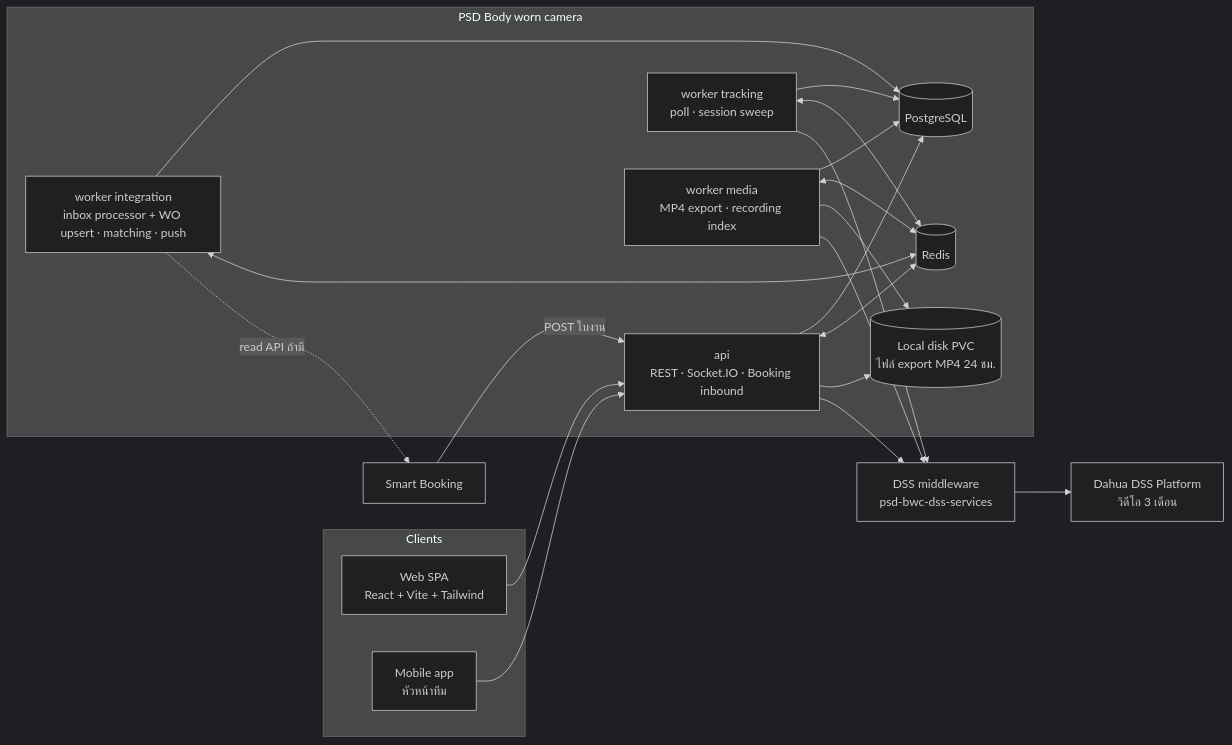
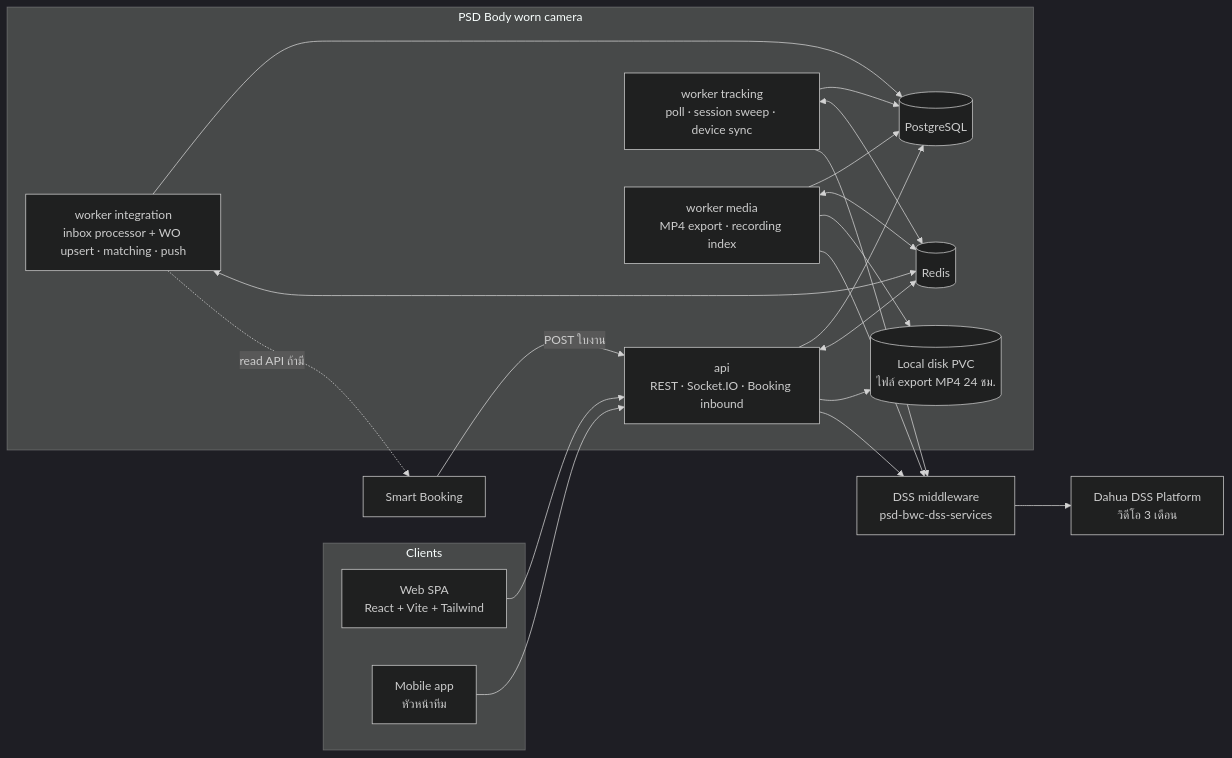
Before and after one commit to b-werayut/psd-bodycam-v1.0: the diagram in docs/blueprint/README.md, drawn with Mermaid (dark theme). The commit also changed other lines of this file and 78 other files, not shown here.

````diff
--- a/docs/blueprint/README.md
+++ b/docs/blueprint/README.md
@@ -106,37 +111,37 @@
 ```mermaid
 flowchart LR
   subgraph Client["Clients"]
     WEB["Web SPA<br/>React + Vite + Tailwind"]
     MOB["Mobile app<br/>หัวหน้าทีม"]
   end
   subgraph Platform["PSD Body worn camera"]
     API["api<br/>REST · Socket.IO · Booking inbound"]
-    WT["worker tracking<br/>poll · session sweep"]
+    WT["worker tracking<br/>poll · session sweep · device sync"]
     WI["worker integration<br/>inbox processor + WO upsert · matching · push"]
     WM["worker media<br/>MP4 export · recording index"]
     PG[("PostgreSQL")]
     RD[("Redis")]
     FS[("Local disk PVC<br/>ไฟล์ export MP4 24 ชม.")]
   end
   DSS["DSS middleware<br/>psd-bwc-dss-services"]
   DSV["Dahua DSS Platform<br/>วิดีโอ 3 เดือน"]
   BK["Smart Booking"]
   WEB --> API
   MOB --> API
   BK -- "POST ใบงาน" --> API
   API --> PG
   API <--> RD
   WT --> PG
   WI --> PG
   WM --> PG
   WT <--> RD
   WI <--> RD
   WM <--> RD
   WM --> FS
   API --> FS
   WT --> DSS
   API --> DSS
   WM --> DSS
   DSS --> DSV
   WI -. "read API ถ้ามี" .-> BK
 ```
````
